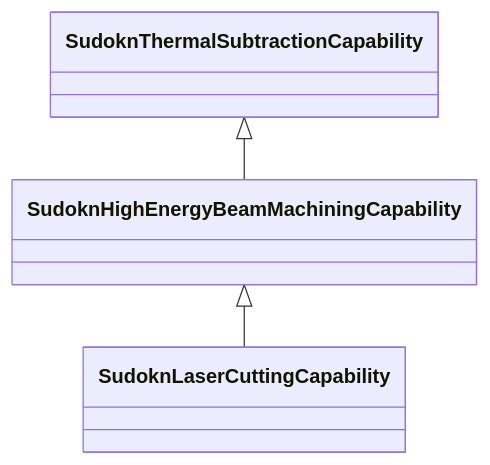
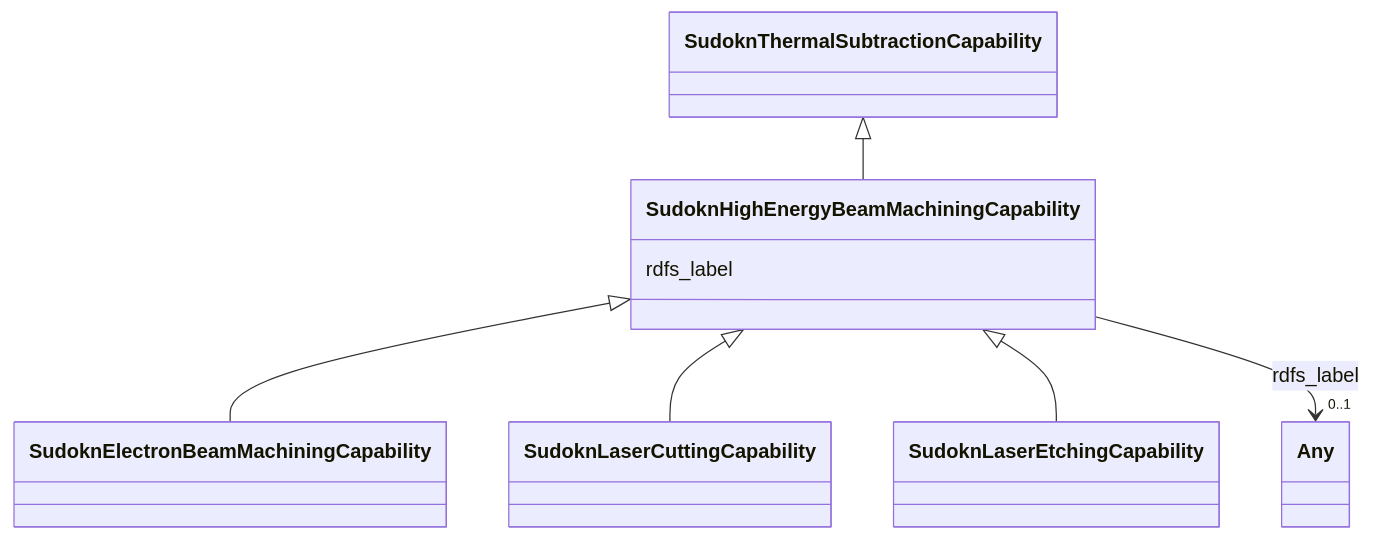
One commit to frink-okn/graph-descriptions changed the diagram in sudokn-kg/classes/SudoknHighEnergyBeamMachiningCapability.md. Above: the diagram before and after it, drawn with Mermaid. The commit also changed other lines of this file and 903 other files, not shown here.

````diff
--- a/sudokn-kg/classes/SudoknHighEnergyBeamMachiningCapability.md
+++ b/sudokn-kg/classes/SudoknHighEnergyBeamMachiningCapability.md
@@ -23,14 +16,27 @@
 ```mermaid
  classDiagram
     class SudoknHighEnergyBeamMachiningCapability
     click SudoknHighEnergyBeamMachiningCapability href "../SudoknHighEnergyBeamMachiningCapability"
       SudoknThermalSubtractionCapability <|-- SudoknHighEnergyBeamMachiningCapability
         click SudoknThermalSubtractionCapability href "../SudoknThermalSubtractionCapability"
       
 
+      SudoknHighEnergyBeamMachiningCapability <|-- SudoknElectronBeamMachiningCapability
+        click SudoknElectronBeamMachiningCapability href "../SudoknElectronBeamMachiningCapability"
       SudoknHighEnergyBeamMachiningCapability <|-- SudoknLaserCuttingCapability
         click SudoknLaserCuttingCapability href "../SudoknLaserCuttingCapability"
+      SudoknHighEnergyBeamMachiningCapability <|-- SudoknLaserEtchingCapability
+        click SudoknLaserEtchingCapability href "../SudoknLaserEtchingCapability"
       
       
+      SudoknHighEnergyBeamMachiningCapability : rdfs_label
+        
+          
+    
+    
+    SudoknHighEnergyBeamMachiningCapability --> "0..1" Any : rdfs_label
+    click Any href "../Any"
+
+        
       
 ```
````
